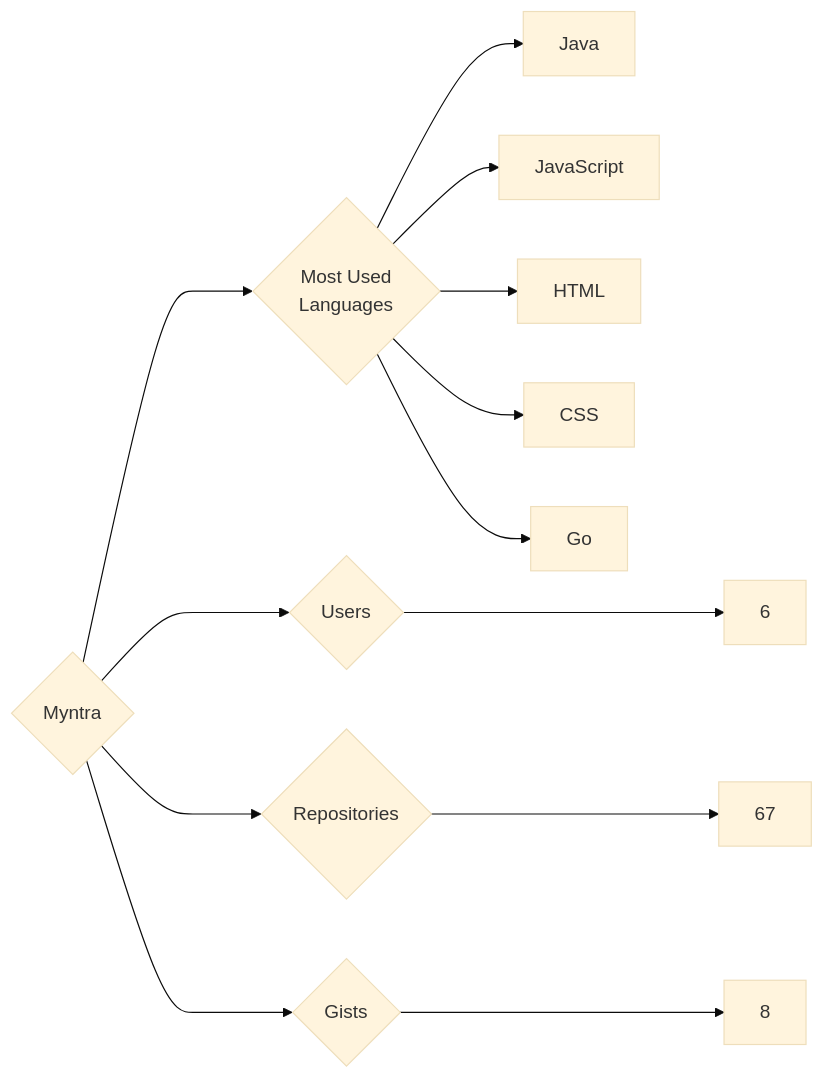
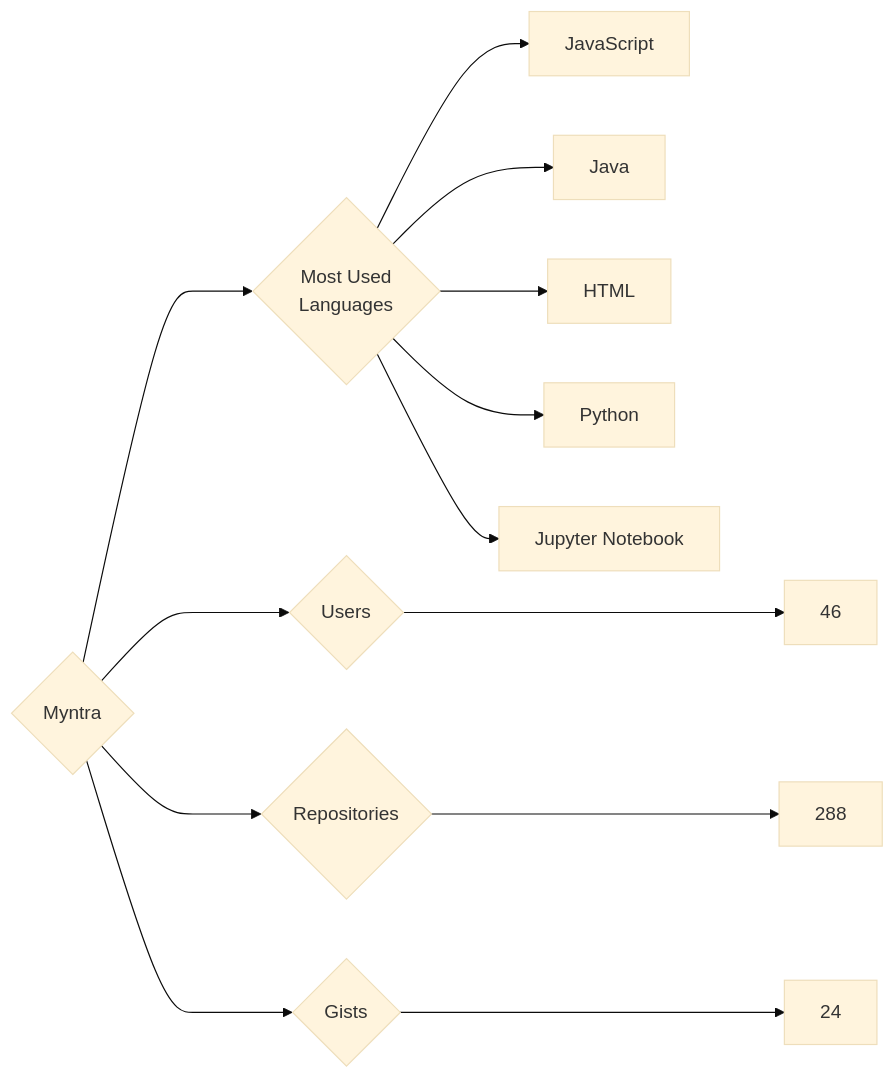
The diagram in targets/Myntra/README.md (trickest/insiders), drawn with Mermaid (base theme) before and after one commit. The commit also changed 920 other files, not shown here.

````diff
--- a/targets/Myntra/README.md
+++ b/targets/Myntra/README.md
@@ -3,13 +3,13 @@
 ```mermaid
 graph LR
 COMPANY_NAME{Myntra}
-COMPANY_NAME ---> U{Users} ---> UN[6]
-COMPANY_NAME ---> R{Repositories} ---> RN[67]
-COMPANY_NAME ---> G{Gists} ---> GN[8]
+COMPANY_NAME ---> U{Users} ---> UN[46]
+COMPANY_NAME ---> R{Repositories} ---> RN[288]
+COMPANY_NAME ---> G{Gists} ---> GN[24]
 COMPANY_NAME ---> ML{Most Used<br>Languages}
+ML --> JavaScript[JavaScript]
 ML --> Java[Java]
-ML --> JavaScript[JavaScript]
 ML --> HTML[HTML]
-ML --> CSS[CSS]
-ML --> Go[Go]
+ML --> Python[Python]
+ML --> Jupyter_Notebook[Jupyter Notebook]
 ```
````
